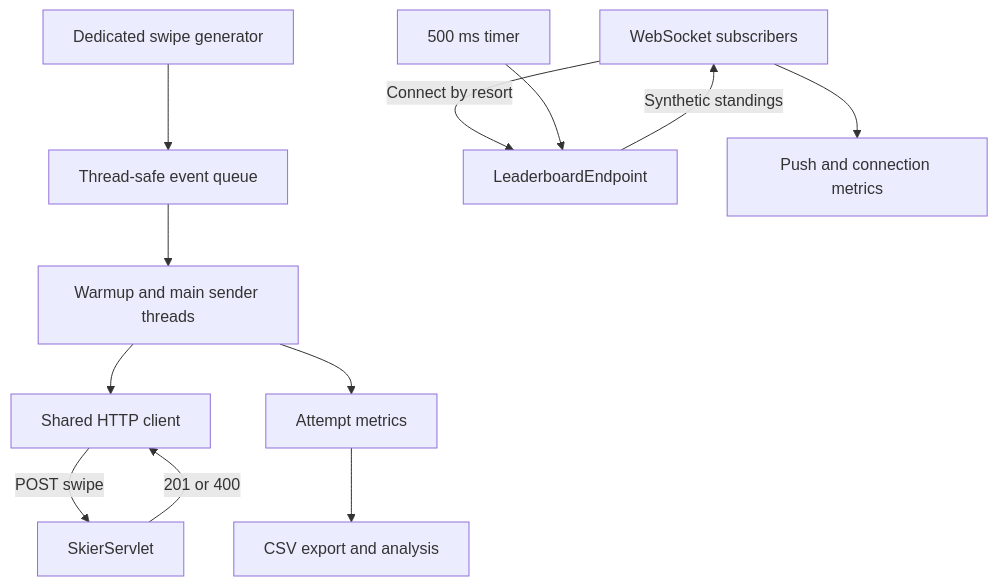
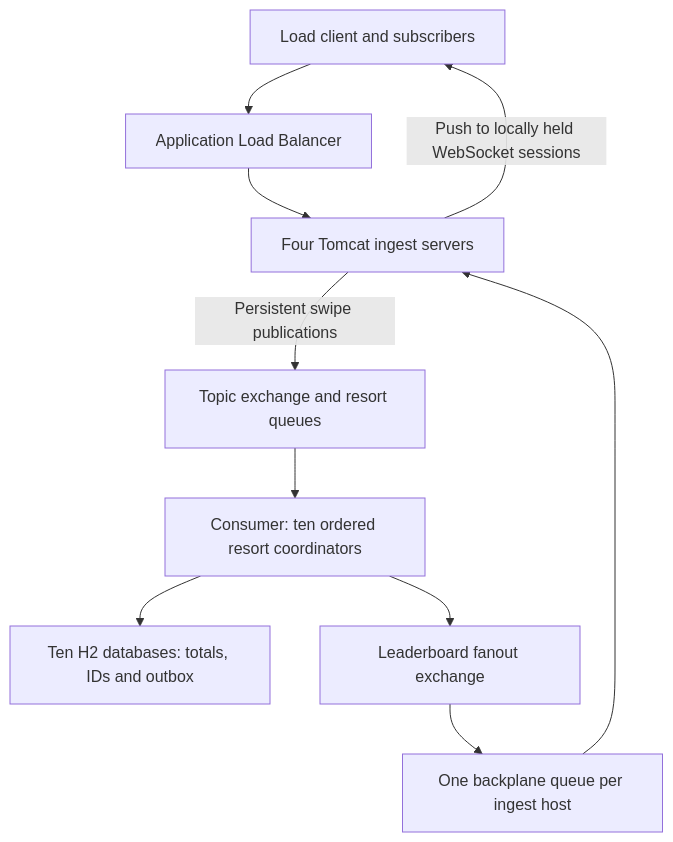
The diagram in README.md (gajawp/SkiTrak), drawn with Mermaid before and after one commit. The commit also changed other lines of this file and 69 other files, not shown here.

````diff
--- a/README.md
+++ b/README.md
@@ -50,14 +42,12 @@
 ```mermaid
 flowchart TD
-    G["Dedicated swipe generator"] --> Q["Thread-safe event queue"]
-    Q --> S["Warmup and main sender threads"]
-    S --> H["Shared HTTP client"]
-    H -->|POST swipe| R["SkierServlet"]
-    R -->|201 or 400| H
-    W["WebSocket subscribers"] -->|Connect by resort| L["LeaderboardEndpoint"]
-    T["500 ms timer"] --> L
-    L -->|Synthetic standings| W
-    S --> M["Attempt metrics"]
-    M --> C["CSV export and analysis"]
-    W --> P["Push and connection metrics"]
+    C["Load client and subscribers"] --> A["Application Load Balancer"]
+    A --> I["Four Tomcat ingest servers"]
+    I -->|"Persistent swipe publications"| Q["Topic exchange and resort queues"]
+    Q --> W["Consumer: ten ordered resort coordinators"]
+    W --> D["Ten H2 databases: totals, IDs and outbox"]
+    W --> F["Leaderboard fanout exchange"]
+    F --> B["One backplane queue per ingest host"]
+    B --> I
+    I -->|"Push to locally held WebSocket sessions"| C
 ```
````
